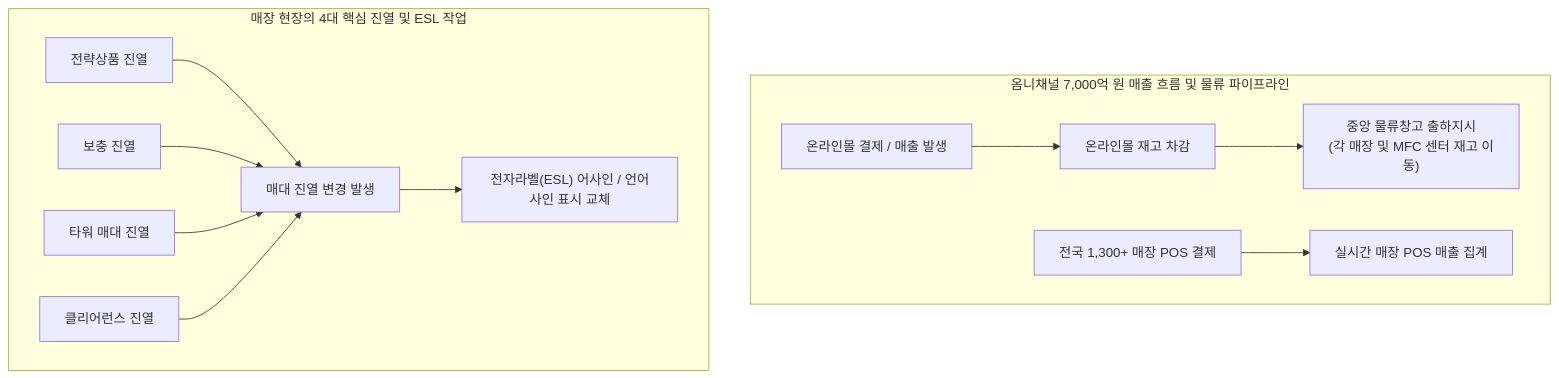
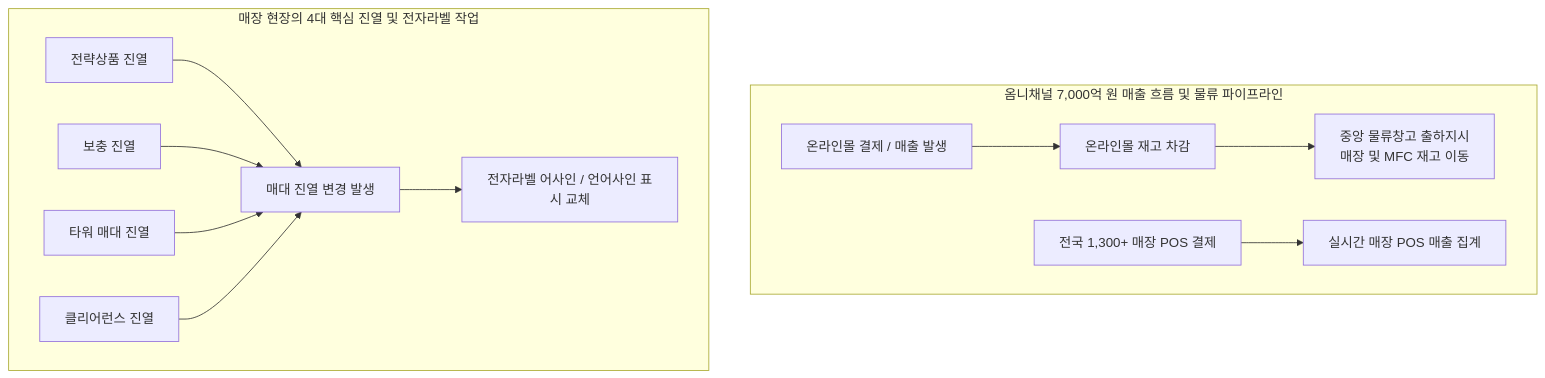
One commit to djpibo/djpibo.github.io changed the first of 5 diagrams in docs/case/2026-1Q/oy-sale-stat-hourly-cpu-sql.md. Above: the diagram before and after it, drawn with Mermaid. The commit also changed other lines of this file and 1 other file, not shown here.

````diff
--- a/docs/case/2026-1Q/oy-sale-stat-hourly-cpu-sql.md
+++ b/docs/case/2026-1Q/oy-sale-stat-hourly-cpu-sql.md
@@ -25,17 +25,17 @@
 ```mermaid
 graph TD
     subgraph Flow["옴니채널 7,000억 원 매출 흐름 및 물류 파이프라인"]
         A["온라인몰 결제 / 매출 발생"] --> B["온라인몰 재고 차감"]
-        B --> C["중앙 물류창고 출하지시<br/>(각 매장 및 MFC 센터 재고 이동)"]
+        B --> C["중앙 물류창고 출하지시<br/>매장 및 MFC 재고 이동"]
         D["전국 1,300+ 매장 POS 결제"] --> E["실시간 매장 POS 매출 집계"]
     end
 
-    subgraph Store["매장 현장의 4대 핵심 진열 및 ESL 작업"]
+    subgraph Store["매장 현장의 4대 핵심 진열 및 전자라벨 작업"]
         F1["전략상품 진열"]
         F2["보충 진열"]
         F3["타워 매대 진열"]
         F4["클리어런스 진열"]
         F1 & F2 & F3 & F4 --> G["매대 진열 변경 발생"]
-        G --> H["전자라벨(ESL) 어사인 / 언어사인 표시 교체"]
+        G --> H["전자라벨 어사인 / 언어사인 표시 교체"]
     end
 ```
````
